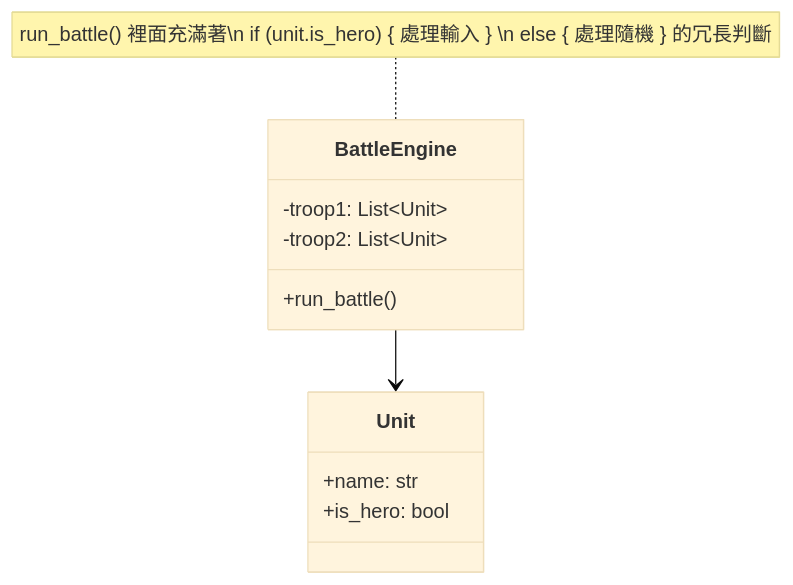
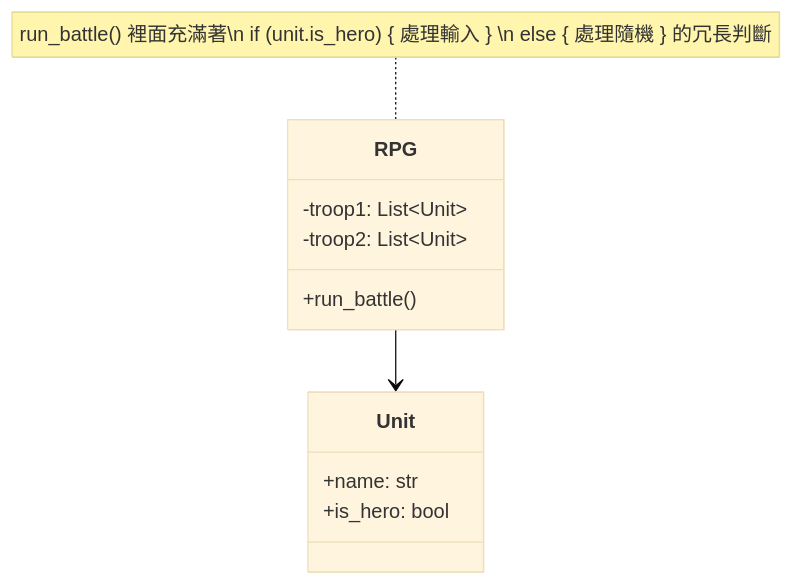
One commit to tanguitar8093/Software-Design-Pattern-HW changed the first of 2 diagrams in homework5_rpg/v3/docs/分析/strategy_pattern_analysis.md. Above: the diagram before and after it, drawn with Mermaid (base theme). The commit also changed other lines of this file and 14 other files, not shown here.

````diff
--- a/homework5_rpg/v3/docs/分析/strategy_pattern_analysis.md
+++ b/homework5_rpg/v3/docs/分析/strategy_pattern_analysis.md
@@ -51,16 +51,16 @@
 ```mermaid
 classDiagram
-    class BattleEngine {
+    class RPG {
         -troop1: List~Unit~
         -troop2: List~Unit~
         +run_battle()
     }
 
     class Unit {
         +name: str
         +is_hero: bool
     }
 
-    BattleEngine --> Unit
-    note for BattleEngine "run_battle() 裡面充滿著\n if (unit.is_hero) { 處理輸入 } \n else { 處理隨機 } 的冗長判斷"
+    RPG --> Unit
+    note for RPG "run_battle() 裡面充滿著\n if (unit.is_hero) { 處理輸入 } \n else { 處理隨機 } 的冗長判斷"
 ```
````
